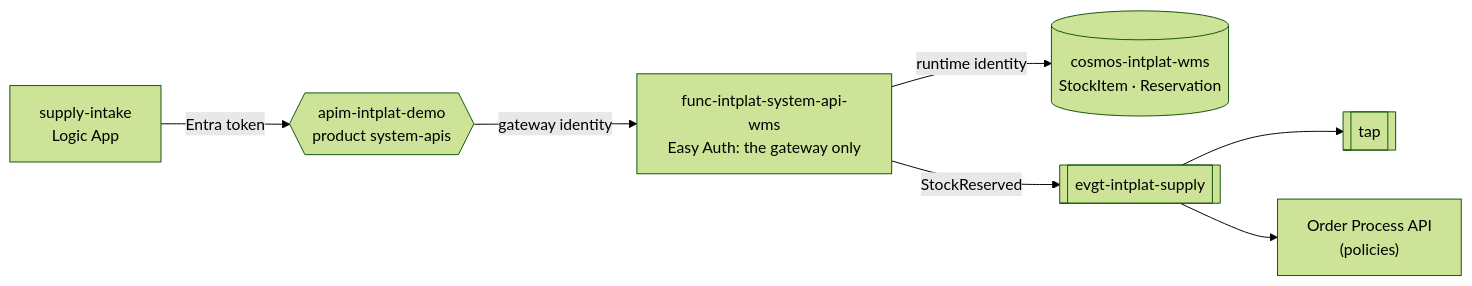
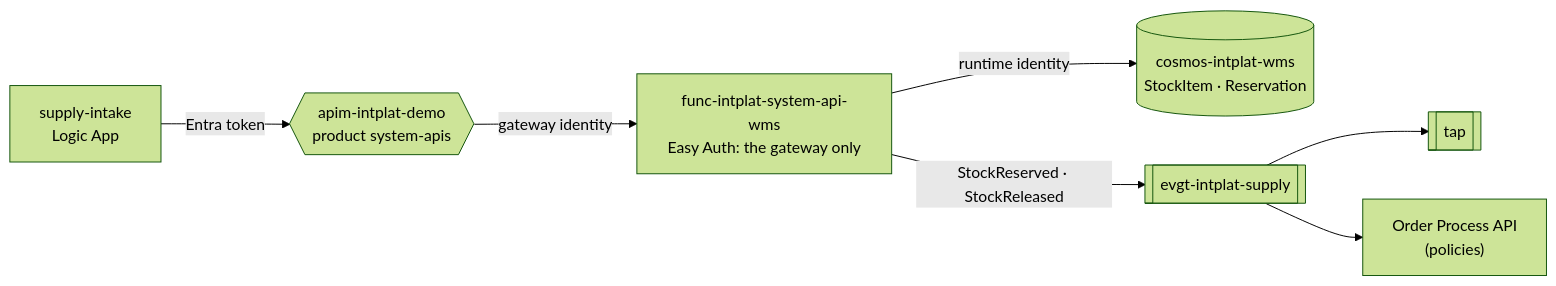
The diagram in README.md (azure-intelligence-domain/system-api-wms), drawn with Mermaid (forest theme) before and after one commit. The commit also changed other lines of this file and 5 other files, not shown here.

````diff
--- a/README.md
+++ b/README.md
@@ -17,9 +17,9 @@
 ```mermaid
 flowchart LR
     caller["supply-intake<br/>Logic App"] -- "Entra token" --> apim{{"apim-intplat-demo<br/>product system-apis"}}
     apim -- "gateway identity" --> func["func-intplat-system-api-wms<br/>Easy Auth: the gateway only"]
     func -- "runtime identity" --> db[("cosmos-intplat-wms<br/>StockItem · Reservation")]
-    func -- "StockReserved" --> topic[["evgt-intplat-supply"]]
+    func -- "StockReserved · StockReleased" --> topic[["evgt-intplat-supply"]]
     topic --> tap[["tap"]]
     topic --> order["Order Process API<br/>(policies)"]
 ```
````
